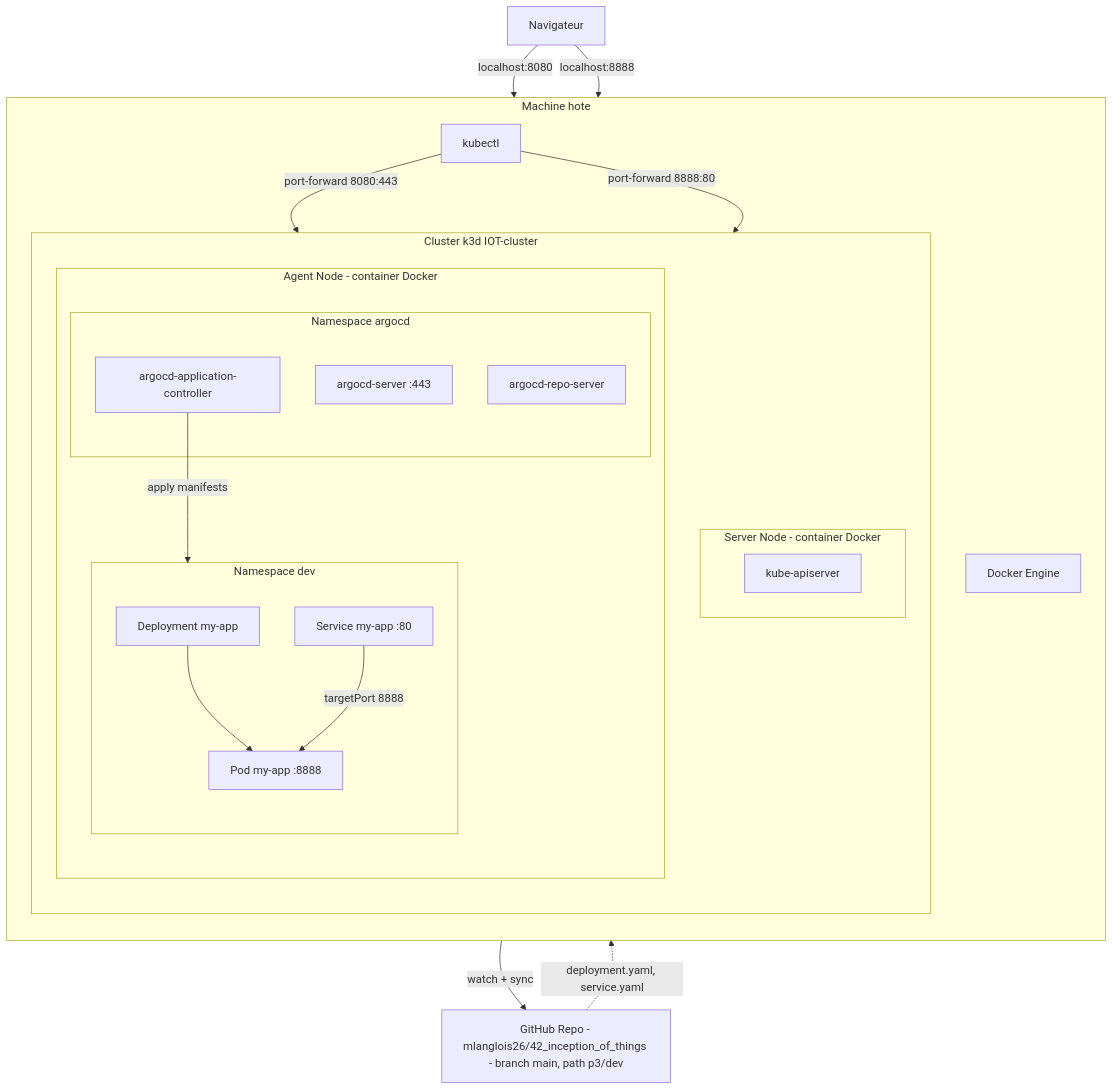
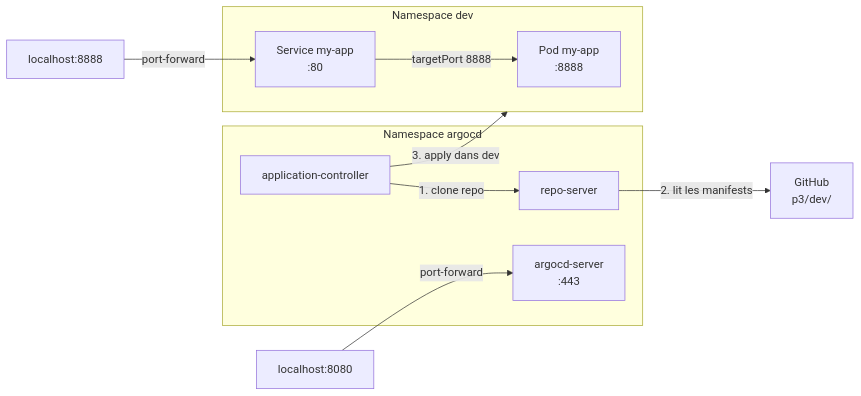
One commit to mlanglois26/42_inception_of_things changed the first of 3 diagrams in p3/README.md. Above: the diagram before and after it, drawn with Mermaid. The commit also changed other lines of this file, not shown here.

Commit message:
docs(p3): simplify Mermaid diagrams for install.yaml and namespace workflow
Replace complex architecture diagrams with two focused ones:
- Simple pod listing for ArgoCD install.yaml
- Clear workflow between namespace argocd and namespace dev

````diff
--- a/p3/README.md
+++ b/p3/README.md
@@ -17,48 +17,23 @@
 ```mermaid
-graph TB
-    subgraph Host["Machine hote"]
-        direction TB
-        Docker["Docker Engine"]
-        kubectl["kubectl"]
+graph LR
+    GitHub["GitHub\np3/dev/"]
 
-        subgraph K3D["Cluster k3d IOT-cluster"]
-            direction TB
-
-            subgraph ServerNode["Server Node - container Docker"]
-                KubeAPI["kube-apiserver"]
-            end
-
-            subgraph AgentNode["Agent Node - container Docker"]
-                direction TB
-
-                subgraph NSargocd["Namespace argocd"]
-                    argoServer["argocd-server :443"]
-                    argoRepo["argocd-repo-server"]
-                    argoController["argocd-application-controller"]
-                end
-
-                subgraph NSdev["Namespace dev"]
-                    DeployMyApp["Deployment my-app"]
-                    PodMyApp["Pod my-app :8888"]
-                    SvcMyApp["Service my-app :80"]
-                end
-            end
-        end
+    subgraph ns_argocd ["Namespace argocd"]
+        controller["application-controller"]
+        repo["repo-server"]
+        server["argocd-server\n:443"]
     end
 
-    GitHub["GitHub Repo - mlanglois26/42_inception_of_things - branch main, path p3/dev"]
-    Browser["Navigateur"]
+    subgraph ns_dev ["Namespace dev"]
+        pod["Pod my-app\n:8888"]
+        svc["Service my-app\n:80"]
+    end
 
-    argoController -->|"watch + sync"| GitHub
-    GitHub -.->|"deployment.yaml, service.yaml"| argoController
-    argoController -->|"apply manifests"| NSdev
+    controller -->|"1. clone repo"| repo
+    repo -->|"2. lit les manifests"| GitHub
+    controller -->|"3. apply dans dev"| ns_dev
+    svc -->|"targetPort 8888"| pod
 
-    DeployMyApp --> PodMyApp
-    SvcMyApp -->|"targetPort 8888"| PodMyApp
-
-    Browser -->|"localhost:8080"| argoServer
-    Browser -->|"localhost:8888"| SvcMyApp
-
-    kubectl -->|"port-forward 8080:443"| argoServer
-    kubectl -->|"port-forward 8888:80"| SvcMyApp
+    localhost8080["localhost:8080"] -->|"port-forward"| server
+    localhost8888["localhost:8888"] -->|"port-forward"| svc
 ```
````
